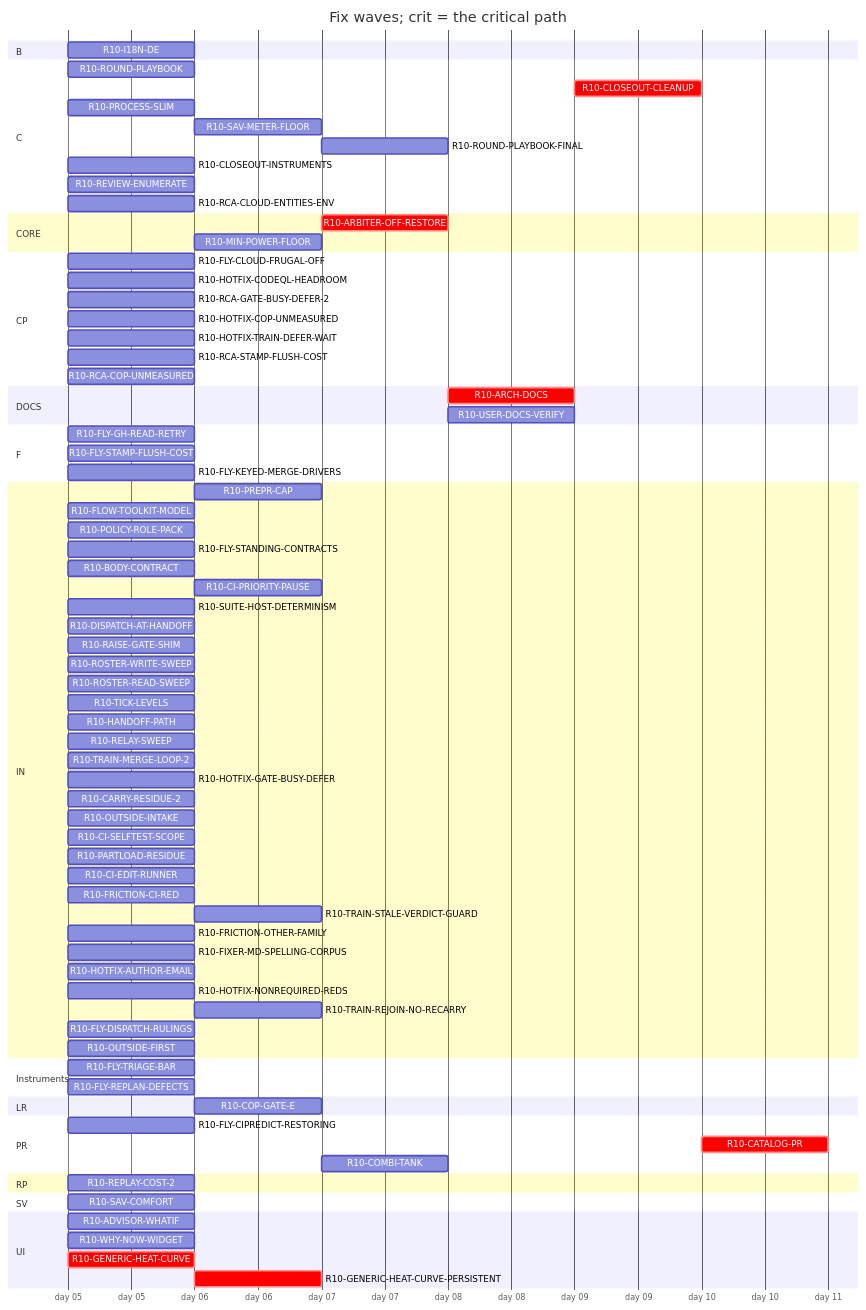
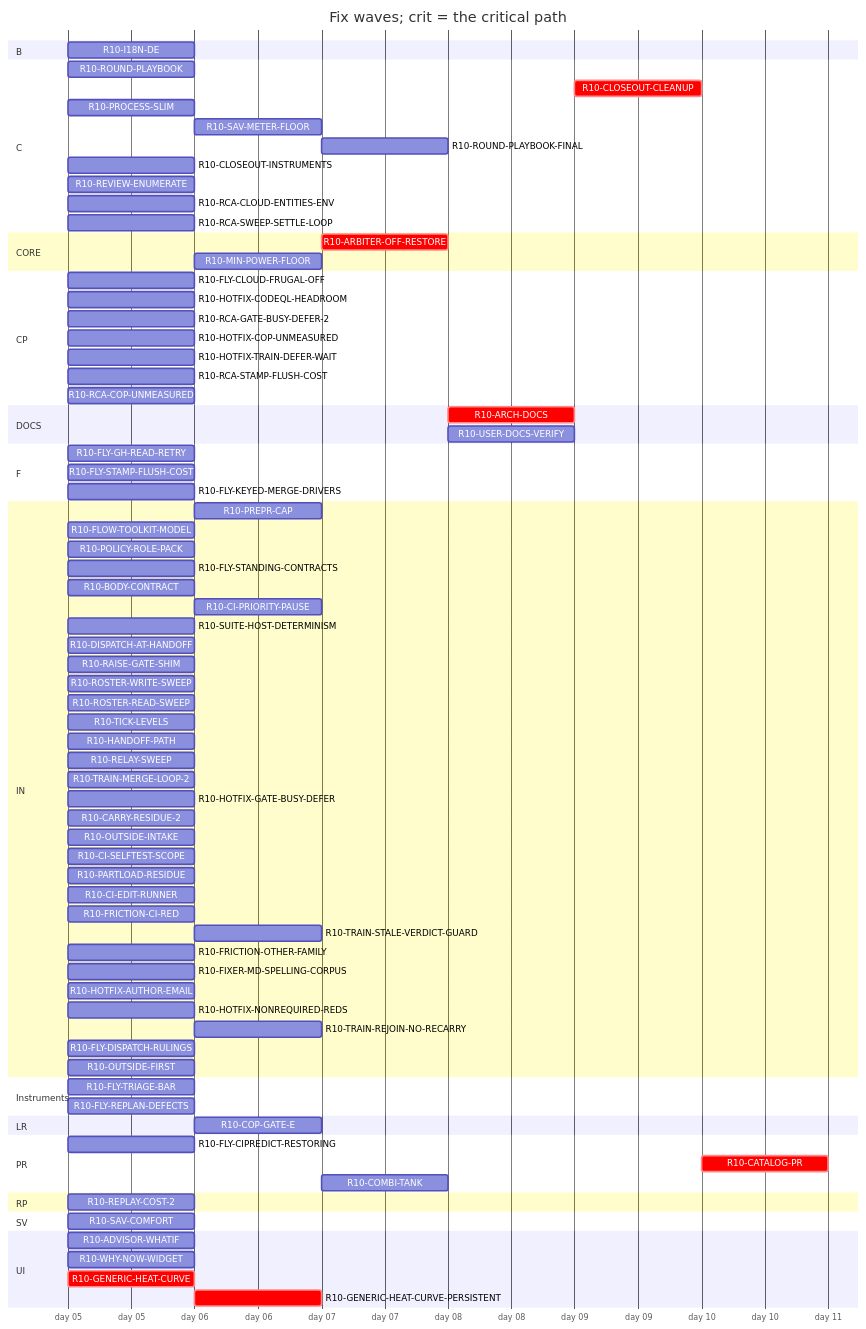
One commit to tvofi/heatpump_optimizer changed the diagram in handoff/round10/state/PLAN-TABLE.md. Above: the diagram before and after it, drawn with Mermaid. The commit also changed other lines of this file and 3 other files, not shown here.

Commit message:
state: FLOW-BOARD.md, NEXT-SESSION-PROMPT.md, PLAN-TABLE.md, RESUME-CURRENT.md regenerated (state_docs.py)

```diff
--- a/handoff/round10/state/PLAN-TABLE.md
+++ b/handoff/round10/state/PLAN-TABLE.md
@@ -39,6 +39,7 @@
     R10-CLOSEOUT-INSTRUMENTS :r10CLOSEOUTINSTRUMENTS, 2026-01-05, 1d
     R10-REVIEW-ENUMERATE :r10REVIEWENUMERATE, 2026-01-05, 1d
     R10-RCA-CLOUD-ENTITIES-ENV :r10RCACLOUDENTITIESENV, 2026-01-05, 1d
+    R10-RCA-SWEEP-SETTLE-LOOP :r10RCASWEEPSETTLELOOP, 2026-01-05, 1d
   section CORE
     R10-ARBITER-OFF-RESTORE :crit, r10ARBITEROFFRESTORE, after r10GENERICHEATCURVE r10GENERICHEATCURVEPERSISTENT, 1d
     R10-MIN-POWER-FLOOR :r10MINPOWERFLOOR, after r10HOTFIXCOPUNMEASURED r10GENERICHEATCURVE, 1d
```
